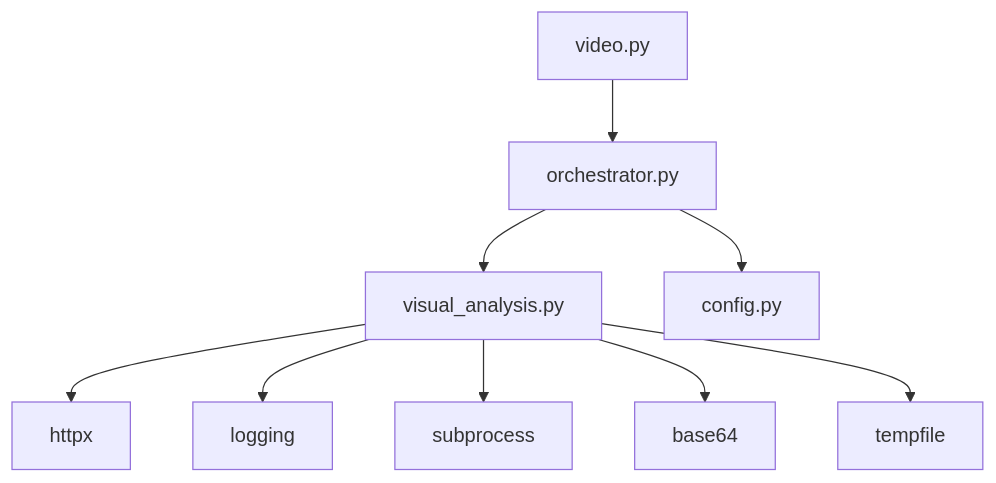
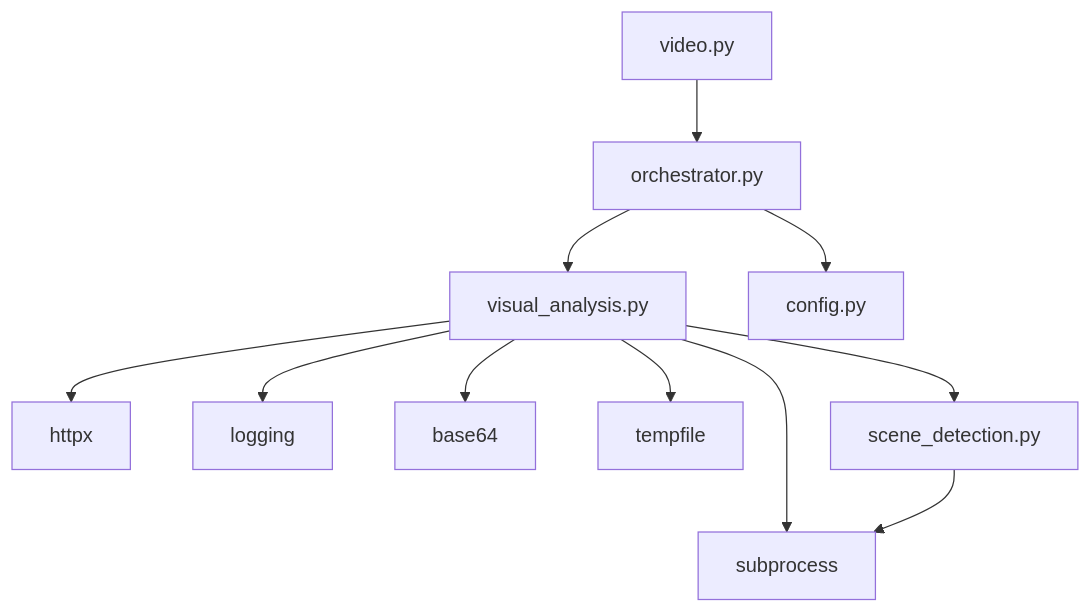
The eighth of 8 diagrams in .qoder/repowiki/en/content/Media Processing Pipeline/Visual Analysis Stage.md (alexandreybasta-cyber/dubai-media-ai), drawn with Mermaid before and after one commit. The commit also changed other lines of this file and 49 other files, not shown here.

````diff
--- a/.qoder/repowiki/en/content/Media Processing Pipeline/Visual Analysis Stage.md
+++ b/.qoder/repowiki/en/content/Media Processing Pipeline/Visual Analysis Stage.md
@@ -316,11 +409,13 @@
 ```mermaid
 graph TB
 VA["visual_analysis.py"] --> HTTPX["httpx"]
 VA --> LOG["logging"]
 VA --> SUBPROC["subprocess"]
 VA --> BASE64["base64"]
 VA --> TEMPFILE["tempfile"]
+VA --> SD["scene_detection.py"]
+SD --> SUBPROC
 ORCH["orchestrator.py"] --> VA
 ORCH --> CFG["config.py"]
 ROUTER["video.py"] --> ORCH
 ```
````
